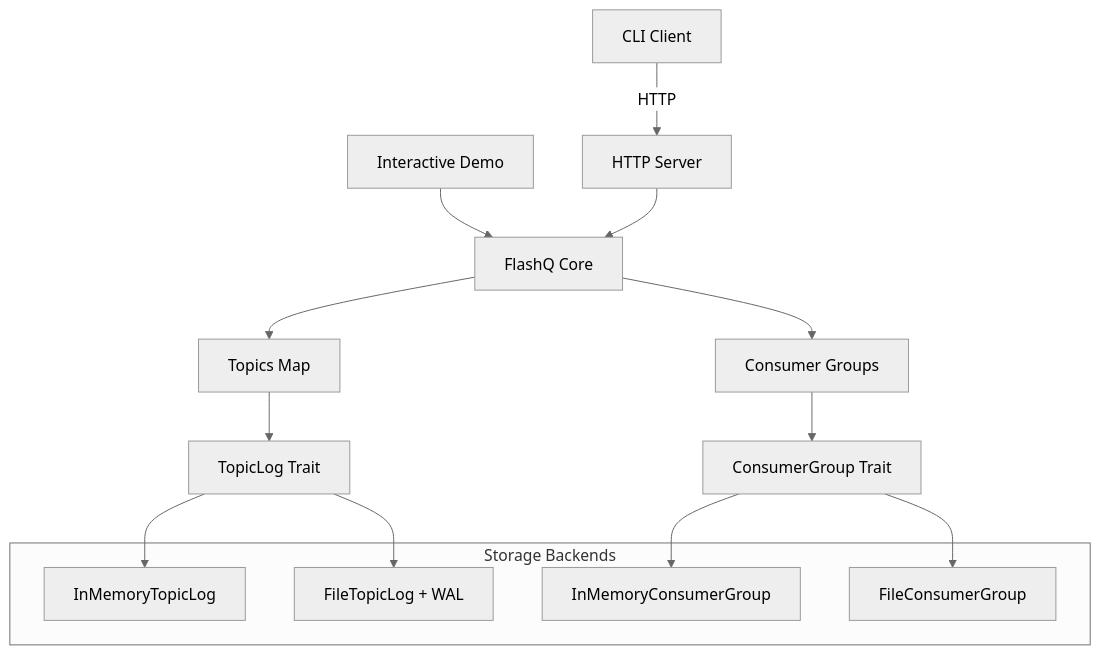
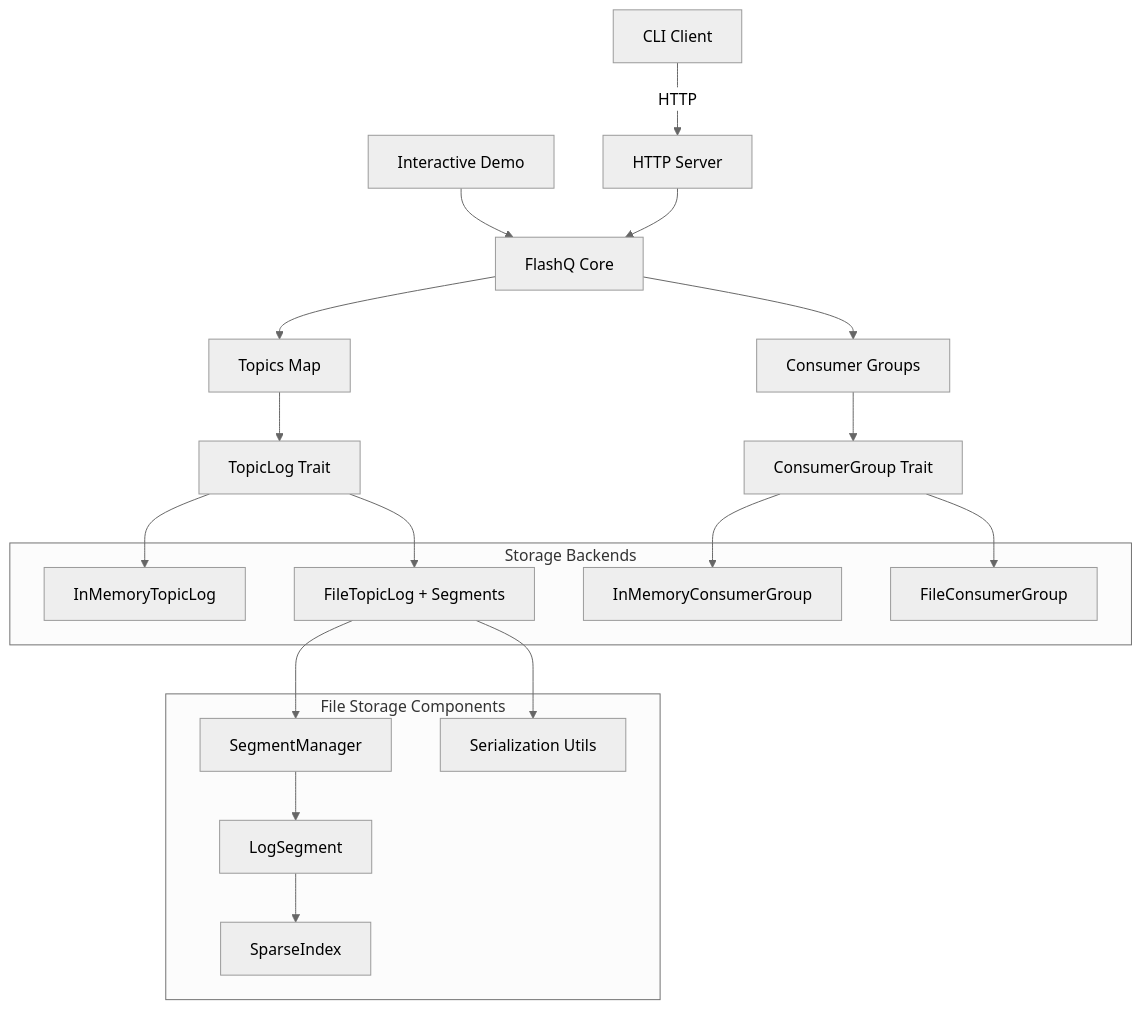
One commit to harshitmahapatra/flashq changed the first of 2 diagrams in docs/architecture.md. Above: the diagram before and after it, drawn with Mermaid (neutral theme). The commit also changed other lines of this file and 23 other files, not shown here.

First line of the commit message:
Implement Kafka-aligned segment-based storage architecture (#48)

````diff
--- a/docs/architecture.md
+++ b/docs/architecture.md
@@ -7,24 +7,36 @@
 ```mermaid
 graph TD
     A[CLI Client] -->|HTTP| B[HTTP Server]
     C[Interactive Demo] --> D[FlashQ Core]
     B --> D
     
     D --> E[Topics Map]
     D --> F[Consumer Groups]
     
     E --> G[TopicLog Trait]
     F --> H[ConsumerGroup Trait]
     
     subgraph "Storage Backends"
         I[InMemoryTopicLog]
-        J[FileTopicLog + WAL]
+        J[FileTopicLog + Segments]
         K[InMemoryConsumerGroup]
         L[FileConsumerGroup]
     end
+    
+    subgraph "File Storage Components"
+        M[SegmentManager]
+        N[LogSegment]
+        O[SparseIndex]
+        P[Serialization Utils]
+    end
+    
+    J --> M
+    M --> N
+    N --> O
+    J --> P
     
     G --> I
     G --> J
     H --> K
     H --> L
 ```
````
